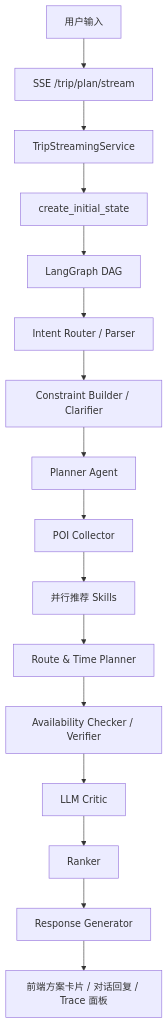
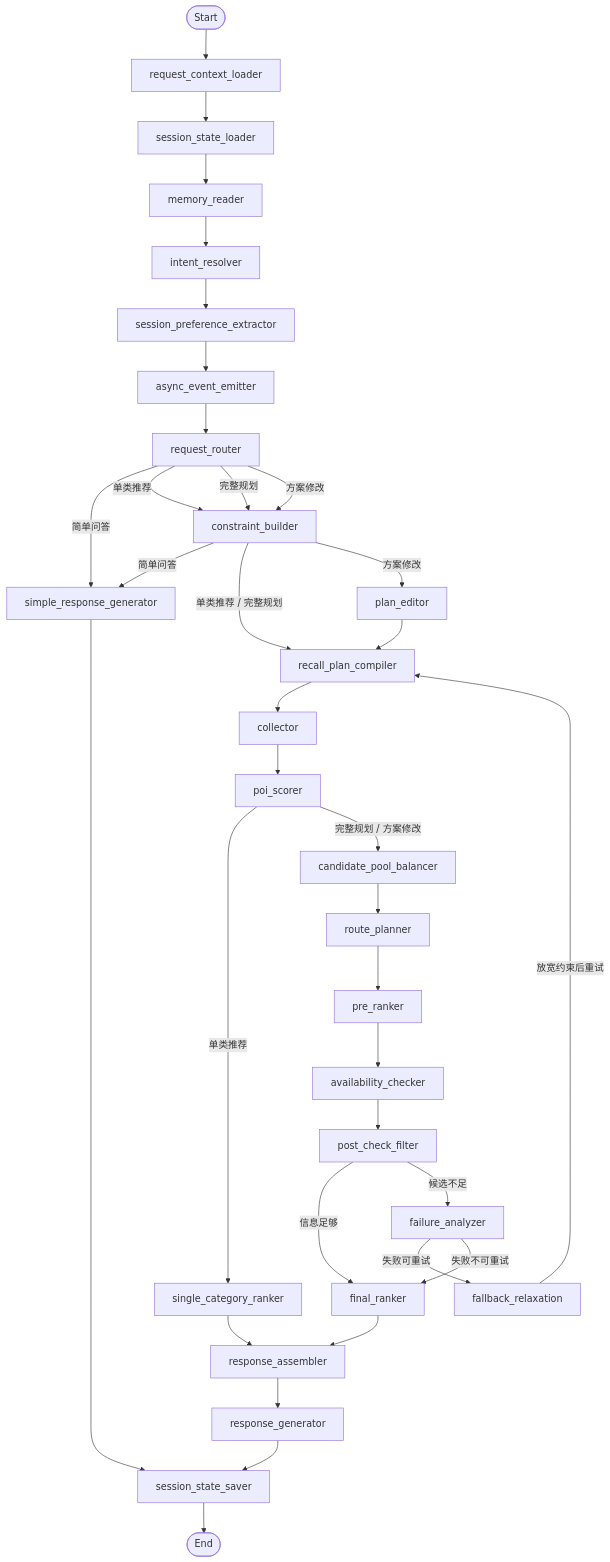
The diagram in README.md (LifeRouteAgent/PlanGo), drawn with Mermaid before and after one commit. The commit also changed other lines of this file, not shown here.

````diff
--- a/README.md
+++ b/README.md
@@ -193,18 +188,44 @@
 ```mermaid
 flowchart TD
-  A["用户输入"] --> B["SSE /trip/plan/stream"]
-  B --> C["TripStreamingService"]
-  C --> D["create_initial_state"]
-  D --> E["LangGraph DAG"]
-  E --> F["Intent Router / Parser"]
-  F --> G["Constraint Builder / Clarifier"]
-  G --> H["Planner Agent"]
-  H --> I["POI Collector"]
-  I --> J["并行推荐 Skills"]
-  J --> K["Route & Time Planner"]
-  K --> L["Availability Checker / Verifier"]
-  L --> M["LLM Critic"]
-  M --> N["Ranker"]
-  N --> O["Response Generator"]
-  O --> P["前端方案卡片 / 对话回复 / Trace 面板"]
+  START([Start]) --> A["request_context_loader"]
+  A --> B["session_state_loader"]
+  B --> C["memory_reader"]
+  C --> D["intent_resolver"]
+  D --> E["session_preference_extractor"]
+  E --> F["async_event_emitter"]
+  F --> G["request_router"]
+
+  G -->|"简单问答"| SQ["simple_response_generator"]
+  G -->|"单类推荐"| CB["constraint_builder"]
+  G -->|"完整规划"| CB
+  G -->|"方案修改"| CB
+
+  CB -->|"简单问答"| SQ
+  CB -->|"单类推荐 / 完整规划"| RP["recall_plan_compiler"]
+  CB -->|"方案修改"| PE["plan_editor"]
+  PE --> RP
+
+  RP --> COL["collector"]
+  COL --> PS["poi_scorer"]
+
+  PS -->|"单类推荐"| SCR["single_category_ranker"]
+  SCR --> RA["response_assembler"]
+
+  PS -->|"完整规划 / 方案修改"| BAL["candidate_pool_balancer"]
+  BAL --> ROUTE["route_planner"]
+  ROUTE --> PR["pre_ranker"]
+  PR --> AV["availability_checker"]
+  AV --> PCF["post_check_filter"]
+
+  PCF -->|"信息足够"| FR["final_ranker"]
+  PCF -->|"候选不足"| FA["failure_analyzer"]
+  FA -->|"失败可重试"| FB["fallback_relaxation"]
+  FB -->|"放宽约束后重试"| RP
+  FA -->|"失败不可重试"| FR
+
+  FR --> RA
+  RA --> RG["response_generator"]
+  SQ --> SAVE["session_state_saver"]
+  RG --> SAVE
+  SAVE --> END([End])
 ```
````
